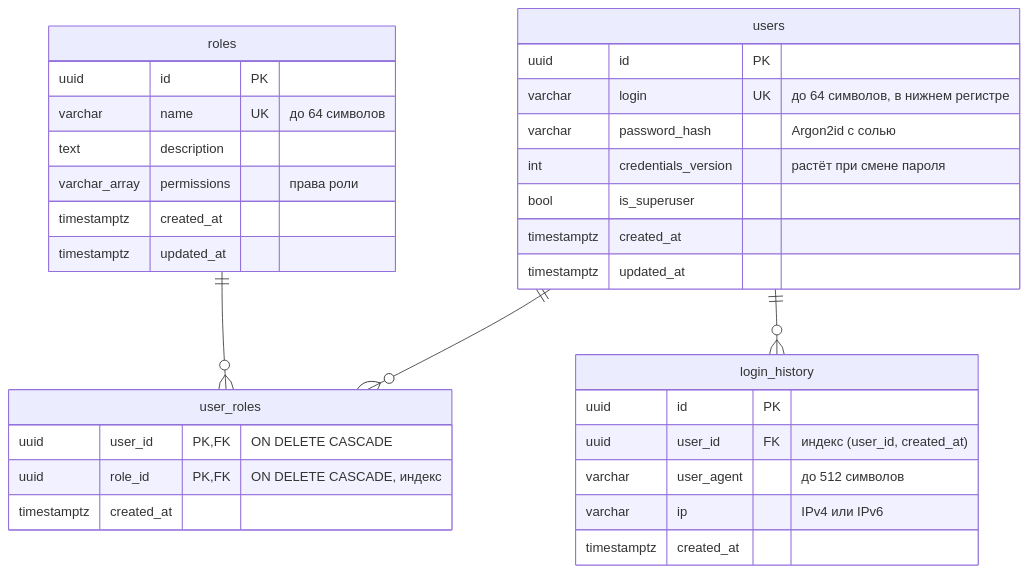
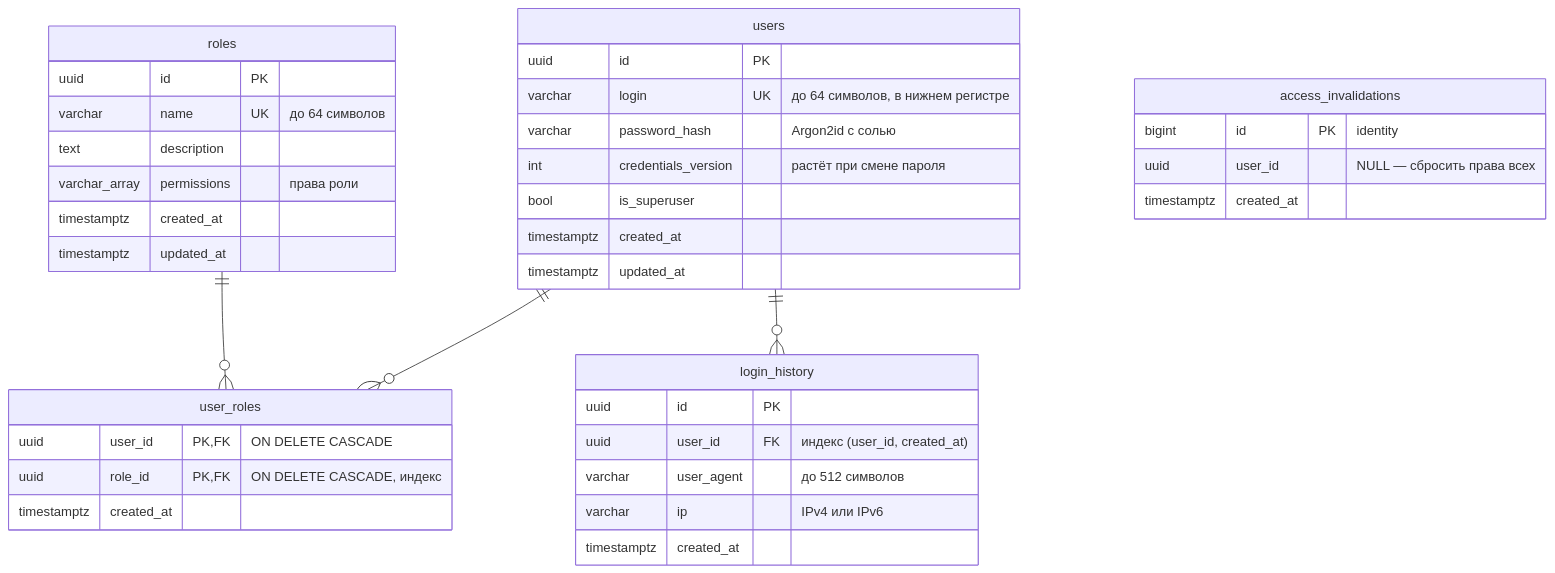
The second of 4 diagrams in auth/docs/architecture.md (storublev/module_6_python_middle_final), drawn with Mermaid before and after one commit. The commit also changed other lines of this file and 20 other files, not shown here.

````diff
--- a/auth/docs/architecture.md
+++ b/auth/docs/architecture.md
@@ -99,35 +99,40 @@
 ```mermaid
 erDiagram
     users ||--o{ user_roles : ""
     roles ||--o{ user_roles : ""
     users ||--o{ login_history : ""
+    access_invalidations {
+        bigint id PK "identity"
+        uuid user_id "NULL — сбросить права всех"
+        timestamptz created_at
+    }
     users {
         uuid id PK
         varchar login UK "до 64 символов, в нижнем регистре"
         varchar password_hash "Argon2id с солью"
         int credentials_version "растёт при смене пароля"
         bool is_superuser
         timestamptz created_at
         timestamptz updated_at
     }
     roles {
         uuid id PK
         varchar name UK "до 64 символов"
         text description
         varchar_array permissions "права роли"
         timestamptz created_at
         timestamptz updated_at
     }
     user_roles {
         uuid user_id PK,FK "ON DELETE CASCADE"
         uuid role_id PK,FK "ON DELETE CASCADE, индекс"
         timestamptz created_at
     }
     login_history {
         uuid id PK
         uuid user_id FK "индекс (user_id, created_at)"
         varchar user_agent "до 512 символов"
         varchar ip "IPv4 или IPv6"
         timestamptz created_at
     }
 ```
````
